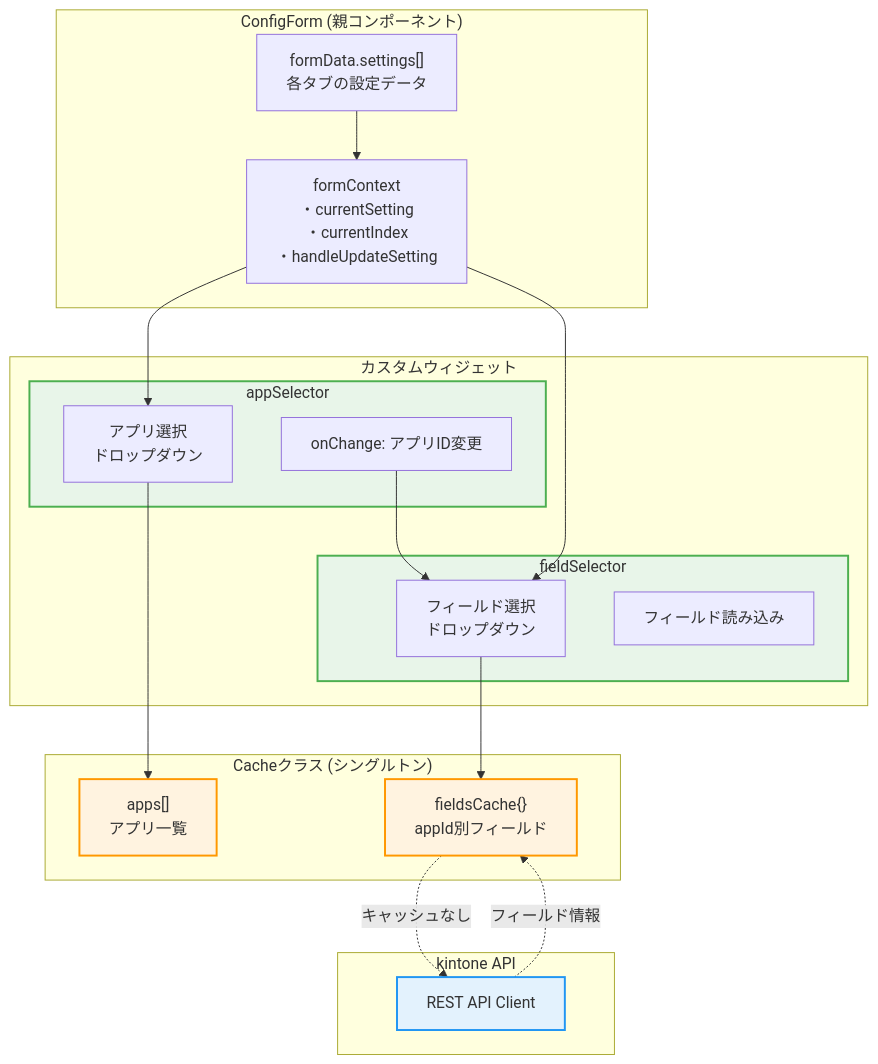
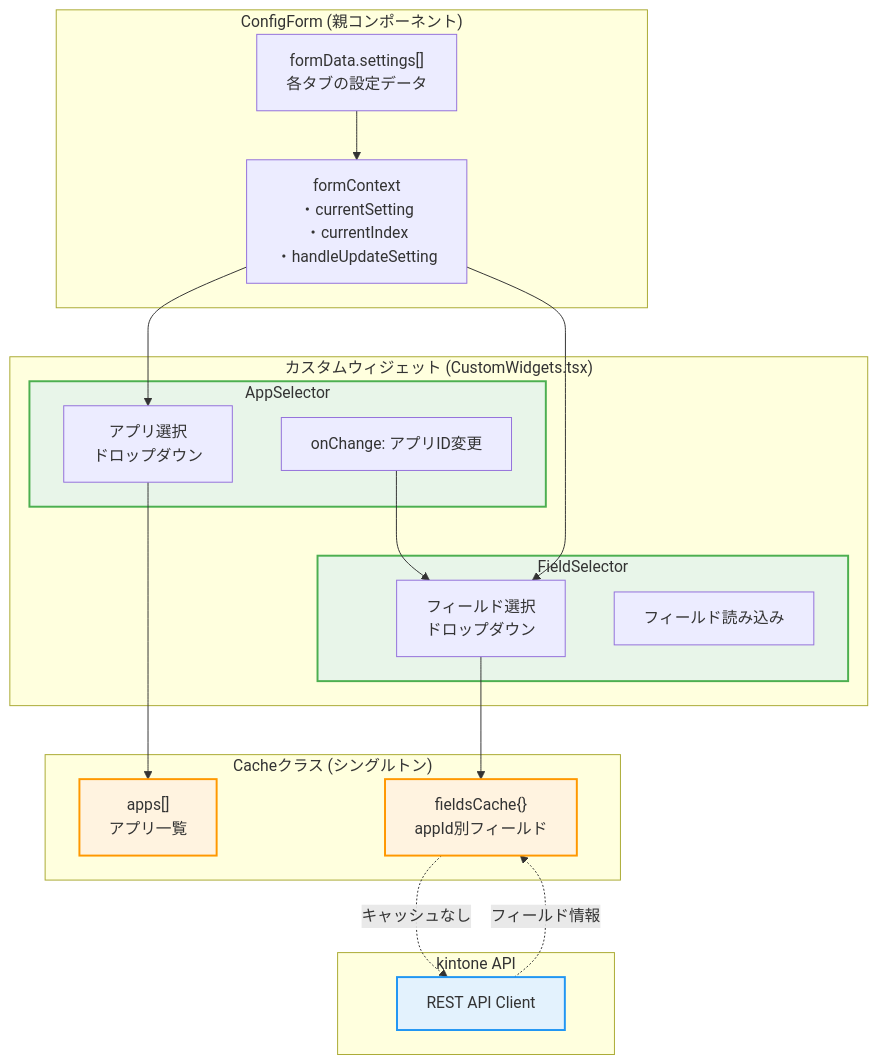
The first of 4 diagrams in docs/dynamic-field-selection.md (okayus/kintone-plugin-template), drawn with Mermaid before and after one commit. The commit also changed other lines of this file and 3 other files, not shown here.

````diff
--- a/docs/dynamic-field-selection.md
+++ b/docs/dynamic-field-selection.md
@@ -8,47 +14,47 @@
 ```mermaid
 graph TB
     subgraph "ConfigForm (親コンポーネント)"
         FormData["formData.settings[]<br/>各タブの設定データ"]
         FormContext["formContext<br/>・currentSetting<br/>・currentIndex<br/>・handleUpdateSetting"]
     end
     
-    subgraph "カスタムウィジェット"
-        subgraph "appSelector"
+    subgraph "カスタムウィジェット (CustomWidgets.tsx)"
+        subgraph "AppSelector"
             AppDropdown["アプリ選択<br/>ドロップダウン"]
             AppChange["onChange: アプリID変更"]
         end
         
-        subgraph "fieldSelector"
+        subgraph "FieldSelector"
             FieldDropdown["フィールド選択<br/>ドロップダウン"]
             LoadFields["フィールド読み込み"]
         end
     end
     
     subgraph "Cacheクラス (シングルトン)"
         AppCache["apps[]<br/>アプリ一覧"]
         FieldCache["fieldsCache{}<br/>appId別フィールド"]
     end
     
     subgraph "kintone API"
         API["REST API Client"]
     end
     
     FormData --> FormContext
     FormContext --> AppDropdown
     FormContext --> FieldDropdown
     
     AppDropdown --> AppCache
     AppChange --> FieldDropdown
     
     FieldDropdown --> FieldCache
     FieldCache -.->|キャッシュなし| API
     API -.->|フィールド情報| FieldCache
     
     classDef widget fill:#e8f5e9,stroke:#4caf50,stroke-width:2px
     classDef cache fill:#fff3e0,stroke:#ff9800,stroke-width:2px
     classDef api fill:#e3f2fd,stroke:#2196f3,stroke-width:2px
     
-    class appSelector,fieldSelector widget
+    class AppSelector,FieldSelector widget
     class AppCache,FieldCache cache
     class API api
 ```
````
